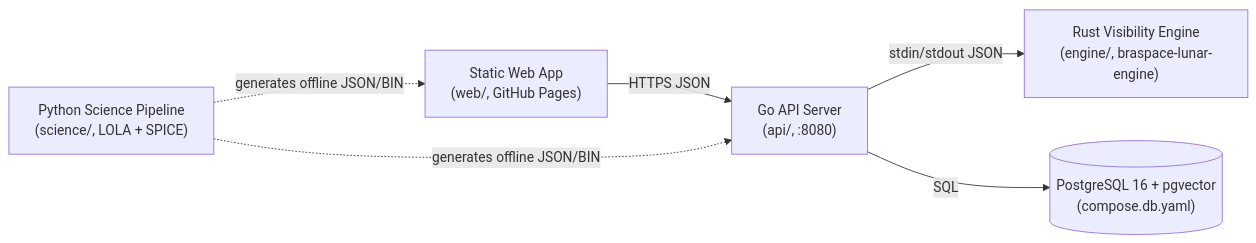
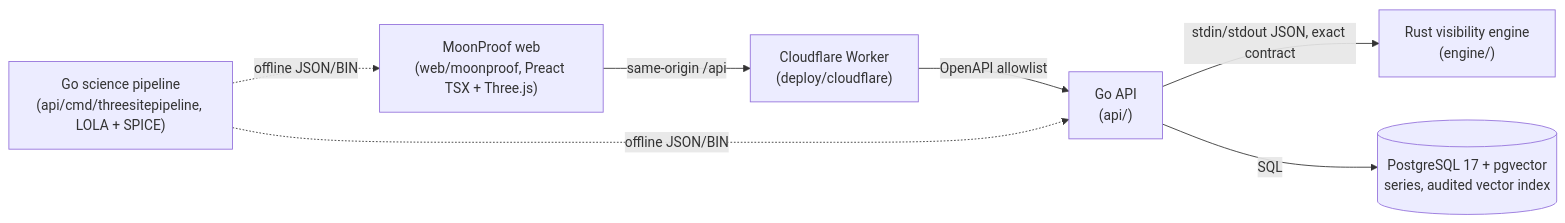
Before and after one commit to Braspace/Braspace: the diagram in README.md, drawn with Mermaid. The commit also changed other lines of this file and 1 other file, not shown here.

````diff
--- a/README.md
+++ b/README.md
@@ -39,8 +33,9 @@
 ```mermaid
 flowchart LR
-    Browser["Static Web App<br/>(web/, GitHub Pages)"] -->|HTTPS JSON| API["Go API Server<br/>(api/, :8080)"]
-    API -->|stdin/stdout JSON| Engine["Rust Visibility Engine<br/>(engine/, braspace-lunar-engine)"]
-    API -->|SQL| DB[("PostgreSQL 16 + pgvector<br/>(compose.db.yaml)")]
-    Science["Python Science Pipeline<br/>(science/, LOLA + SPICE)"] -.->|generates offline JSON/BIN| API
-    Science -.->|generates offline JSON/BIN| Browser
+    Browser["MoonProof web<br/>(web/moonproof, Preact TSX + Three.js)"] -->|same-origin /api| Worker["Cloudflare Worker<br/>(deploy/cloudflare)"]
+    Worker -->|OpenAPI allowlist| API["Go API<br/>(api/)"]
+    API -->|stdin/stdout JSON, exact contract| Engine["Rust visibility engine<br/>(engine/)"]
+    API -->|SQL| DB[("PostgreSQL 17 + pgvector<br/>series, audited vector index")]
+    Pipeline["Go science pipeline<br/>(api/cmd/threesitepipeline, LOLA + SPICE)"] -.->|offline JSON/BIN| API
+    Pipeline -.->|offline JSON/BIN| Browser
 ```
````
